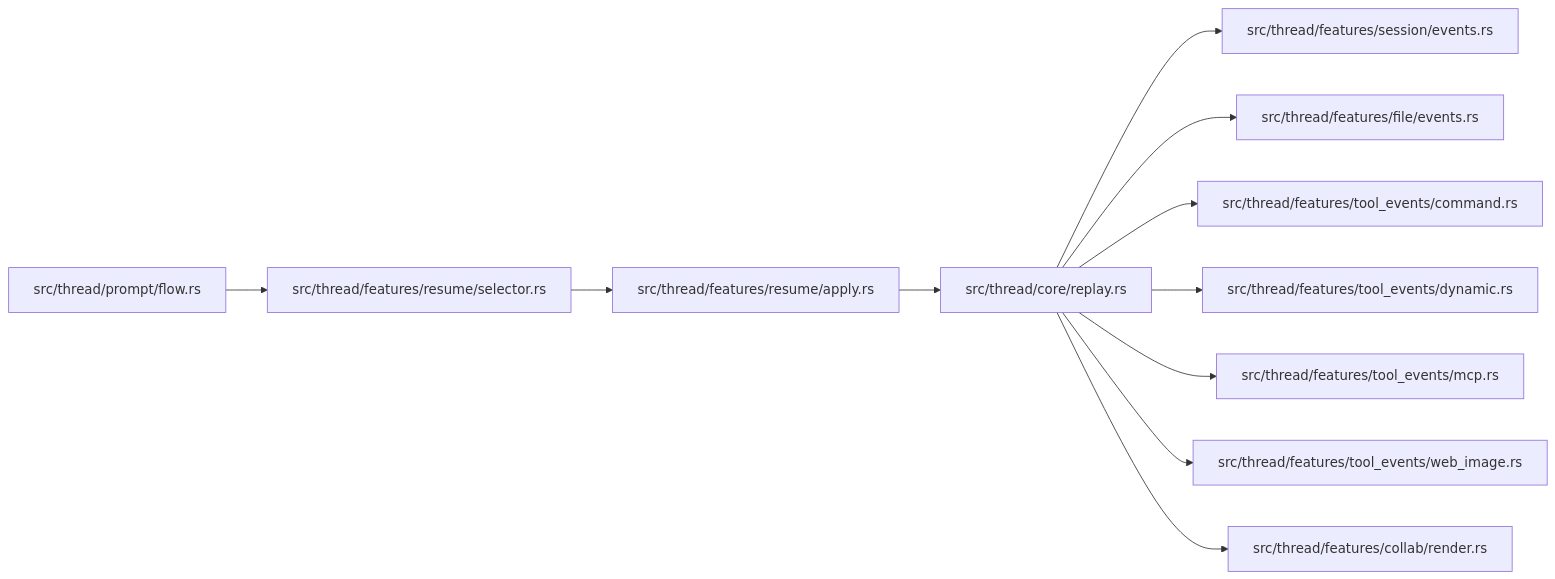
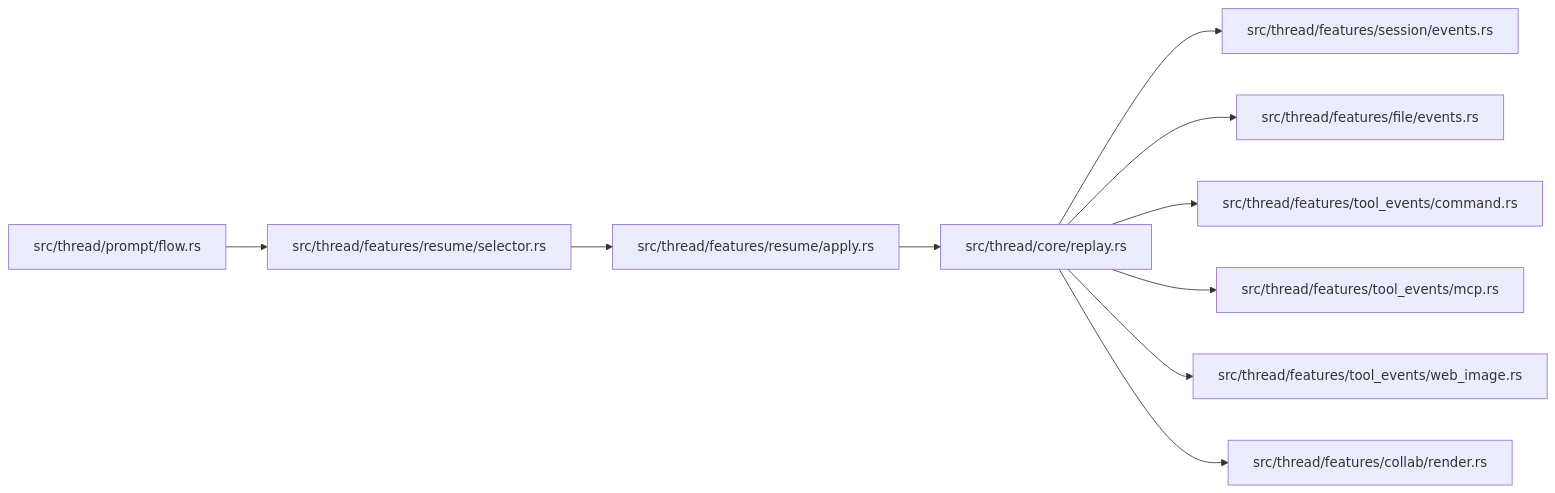
One commit to Qweasd123tg/zed-codex-ACP-CAS changed the second of 3 diagrams in docs/thread-feature-map.md. Above: the diagram before and after it, drawn with Mermaid. The commit also changed other lines of this file and 11 other files, not shown here.

Commit message:
Remove DynamicToolCall runtime support

````diff
--- a/docs/thread-feature-map.md
+++ b/docs/thread-feature-map.md
@@ -85,14 +83,13 @@
 ```mermaid
 flowchart LR
     PromptFlow[src/thread/prompt/flow.rs] --> ResumeSelector[src/thread/features/resume/selector.rs]
     ResumeSelector --> ResumeApply[src/thread/features/resume/apply.rs]
     ResumeApply --> Replay[src/thread/core/replay.rs]
 
     Replay --> SessionReplay[src/thread/features/session/events.rs]
     Replay --> FileReplay[src/thread/features/file/events.rs]
     Replay --> CommandReplay[src/thread/features/tool_events/command.rs]
-    Replay --> DynamicReplay[src/thread/features/tool_events/dynamic.rs]
     Replay --> McpReplay[src/thread/features/tool_events/mcp.rs]
     Replay --> WebImageReplay[src/thread/features/tool_events/web_image.rs]
     Replay --> CollabReplay[src/thread/features/collab/render.rs]
 ```
````
